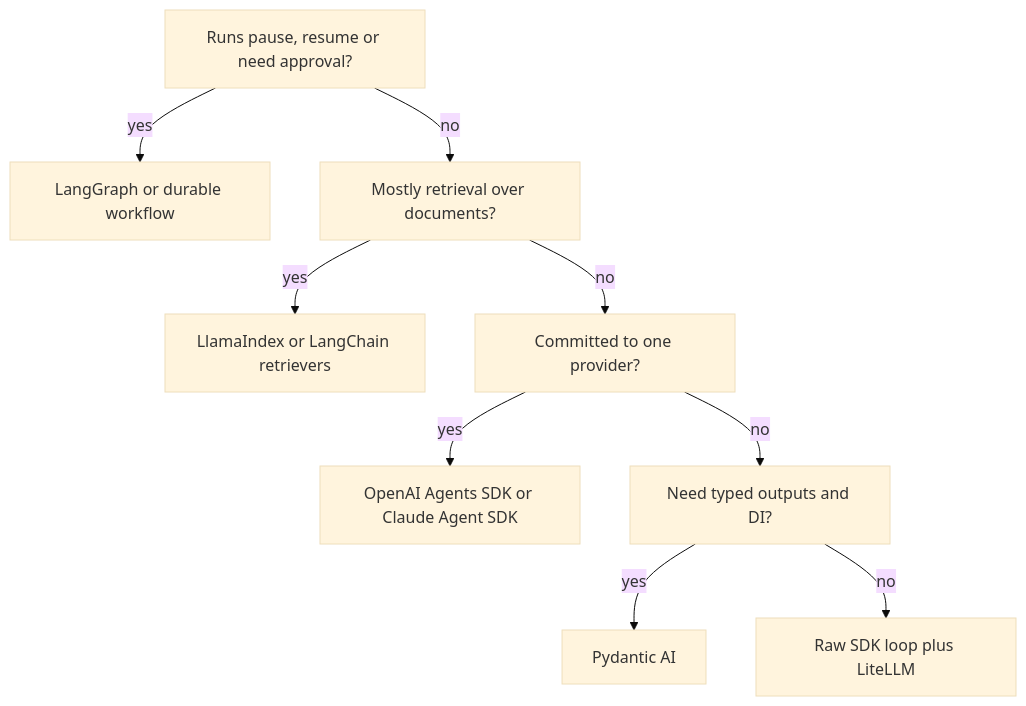
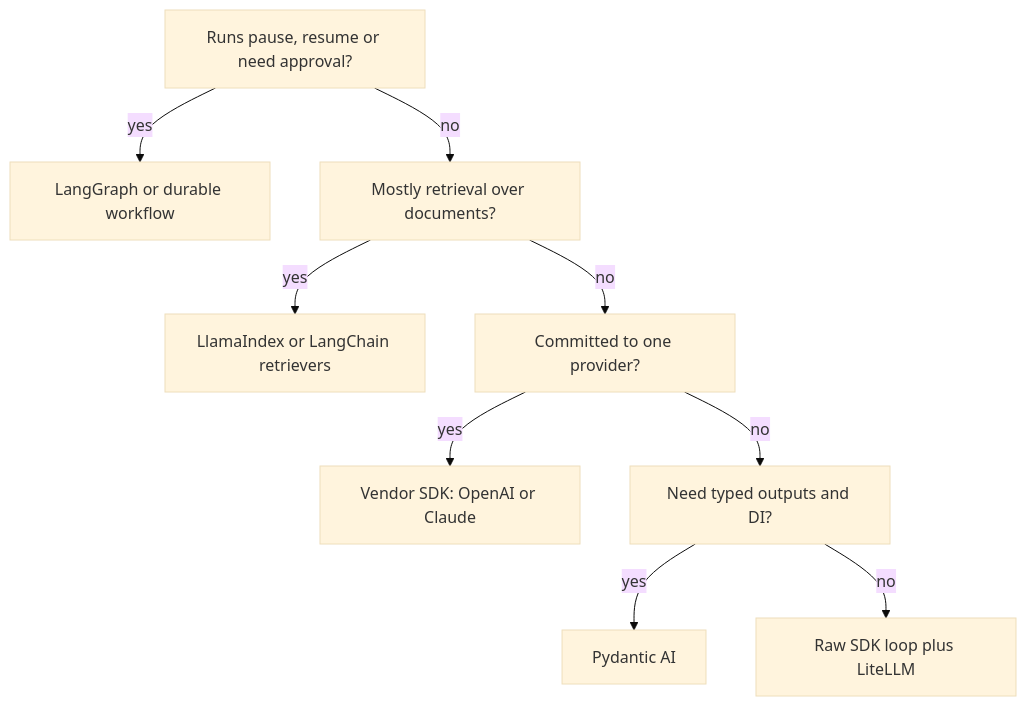
Before and after one commit to lovishmahajan97/agentic-learning: the diagram in content/agent-frameworks/choosing-an-agent-framework.md, drawn with Mermaid (base theme). The commit also changed other lines of this file and 348 other files, not shown here.

````diff
--- a/content/agent-frameworks/choosing-an-agent-framework.md
+++ b/content/agent-frameworks/choosing-an-agent-framework.md
@@ -89,11 +90,11 @@
 ```mermaid
 flowchart TD
     Q1["Runs pause, resume or need approval?"] -->|"yes"| LG["LangGraph or durable workflow"]
     Q1 -->|"no"| Q2["Mostly retrieval over documents?"]
     Q2 -->|"yes"| LI["LlamaIndex or LangChain retrievers"]
     Q2 -->|"no"| Q3["Committed to one provider?"]
-    Q3 -->|"yes"| VS["OpenAI Agents SDK or Claude Agent SDK"]
+    Q3 -->|"yes"| VS["Vendor SDK: OpenAI or Claude"]
     Q3 -->|"no"| Q4["Need typed outputs and DI?"]
     Q4 -->|"yes"| PA["Pydantic AI"]
     Q4 -->|"no"| RAW["Raw SDK loop plus LiteLLM"]
 ```
````
